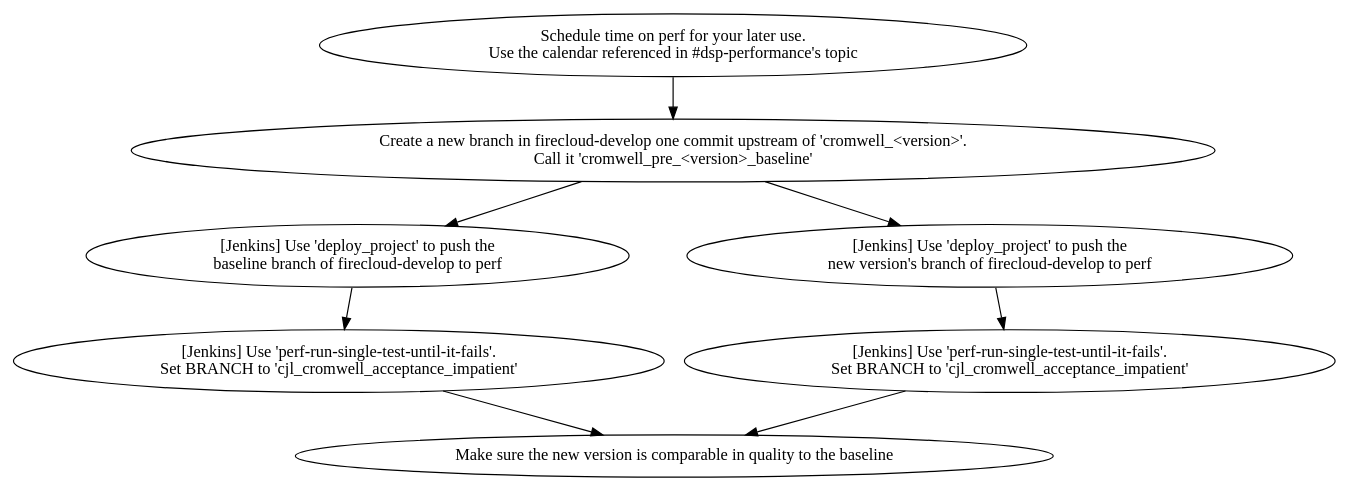
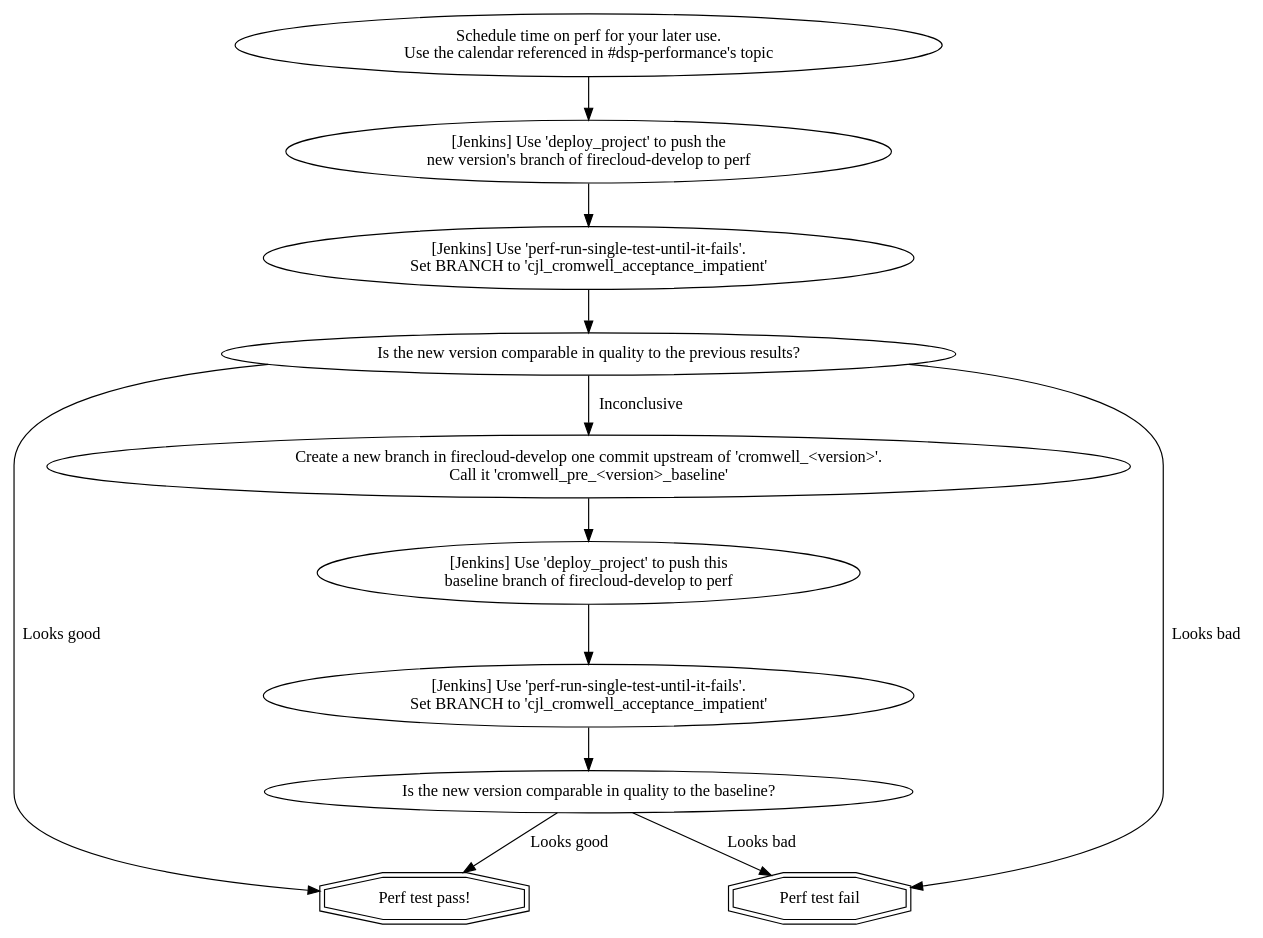
One commit to broadinstitute/cromwell changed the diagram in processes/release_processes/perf-test.dot. Above: the diagram before and after it, drawn with Graphviz. The commit also changed 1 other file, not shown here.

```diff
--- a/processes/release_processes/perf-test.dot
+++ b/processes/release_processes/perf-test.dot
@@ -1,29 +1,41 @@
 digraph {
 
   # Nodes
 
   schedule_perf_time [shape=oval label="Schedule time on perf for your later use.\nUse the calendar referenced in #dsp-performance's topic"];
-  create_baseline_branch [shape=oval label="Create a new branch in firecloud-develop one commit upstream of 'cromwell_<version>'.\nCall it 'cromwell_pre_<version>_baseline'"];
-
-  push_baseline_to_perf [shape=oval label="[Jenkins] Use 'deploy_project' to push the\nbaseline branch of firecloud-develop to perf"];
-  perf_test_baseline [shape=oval label="[Jenkins] Use 'perf-run-single-test-until-it-fails'.\nSet BRANCH to 'cjl_cromwell_acceptance_impatient'"];
 
   push_new_version_to_perf [shape=oval label="[Jenkins] Use 'deploy_project' to push the\nnew version's branch of firecloud-develop to perf"];
   perf_test_new [shape=oval label="[Jenkins] Use 'perf-run-single-test-until-it-fails'.\nSet BRANCH to 'cjl_cromwell_acceptance_impatient'"];
 
-  compare_results [shape=oval label="Make sure the new version is comparable in quality to the baseline"];
+  compare_previous_results [shape=oval label="Is the new version comparable in quality to the previous results?"];
+
+  create_baseline_branch [shape=oval label="Create a new branch in firecloud-develop one commit upstream of 'cromwell_<version>'.\nCall it 'cromwell_pre_<version>_baseline'"];
+
+  push_baseline_to_perf [shape=oval label="[Jenkins] Use 'deploy_project' to push this\nbaseline branch of firecloud-develop to perf"];
+  perf_test_baseline [shape=oval label="[Jenkins] Use 'perf-run-single-test-until-it-fails'.\nSet BRANCH to 'cjl_cromwell_acceptance_impatient'"];
+
+  compare_results [shape=oval label="Is the new version comparable in quality to the baseline?"];
+
+  perf_pass [shape=doubleoctagon label="Perf test pass!"];
+
+  perf_fail [shape=doubleoctagon label="Perf test fail"];
 
   # Edges
 
-  schedule_perf_time -> create_baseline_branch
+  schedule_perf_time -> push_new_version_to_perf
+  push_new_version_to_perf -> perf_test_new
+  perf_test_new -> compare_previous_results
+
+  compare_previous_results -> perf_pass [label="Looks good"]
+  compare_previous_results -> create_baseline_branch [label="Inconclusive"]
+  compare_previous_results -> perf_fail [label="Looks bad"]
 
   create_baseline_branch -> push_baseline_to_perf
   push_baseline_to_perf -> perf_test_baseline
+  perf_test_baseline -> compare_results
 
-  create_baseline_branch -> push_new_version_to_perf
-  push_new_version_to_perf -> perf_test_new
+  compare_results -> perf_pass [label="Looks good"]
+  compare_results -> perf_fail [label="Looks bad"]
 
-  perf_test_baseline -> compare_results
-  perf_test_new -> compare_results
 
 }
```
